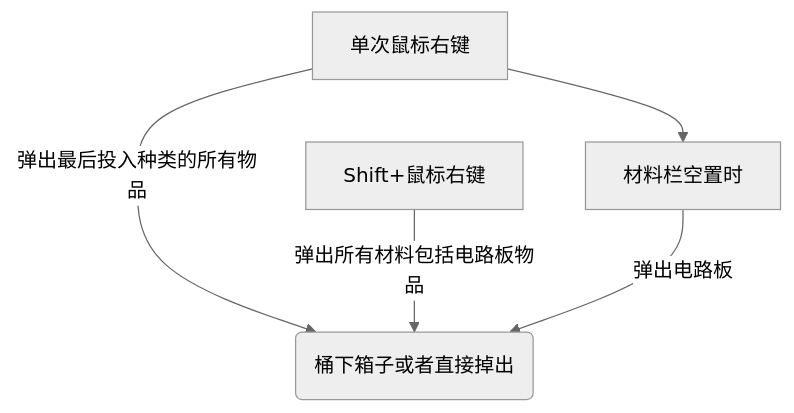
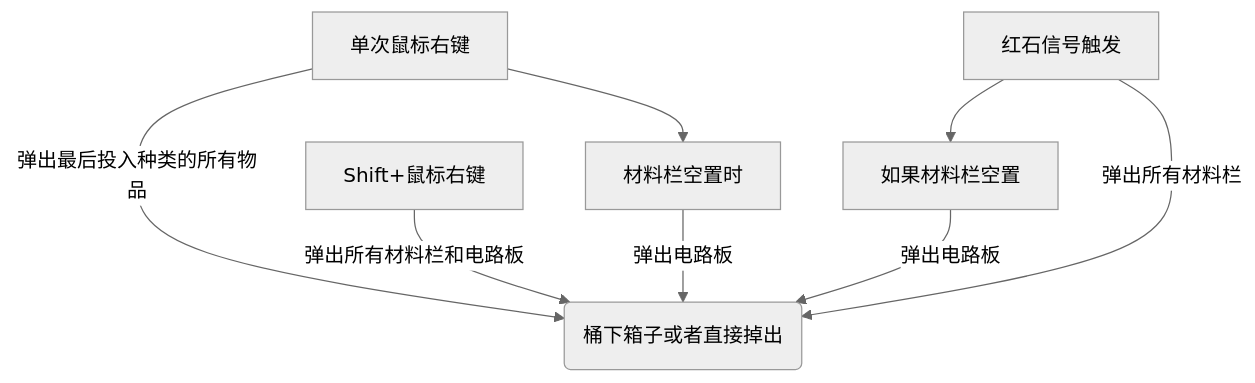
One commit to GoodTimeStudio/Bruaket changed the second of 4 diagrams in README.md. Above: the diagram before and after it, drawn with Mermaid (neutral theme). The commit also changed other lines of this file, not shown here.

Commit message:
added EjectItem

````diff
--- a/README.md
+++ b/README.md
@@ -28,7 +29,9 @@
 ```mermaid
 graph TD
 dc[单次鼠标右键] -->|弹出最后投入种类的所有物品|to(桶下箱子或者直接掉出)
-sf[Shift+鼠标右键] -->|弹出所有材料包括电路板物品|to
+sf[Shift+鼠标右键] -->|弹出所有材料栏和电路板|to
 kz[材料栏空置时] -->|弹出电路板|to
+hs[红石信号触发] -->rg[如果材料栏空置] -->|弹出电路板|to
+hs -->|弹出所有材料栏|to
 dc -->kz
 ```
````
